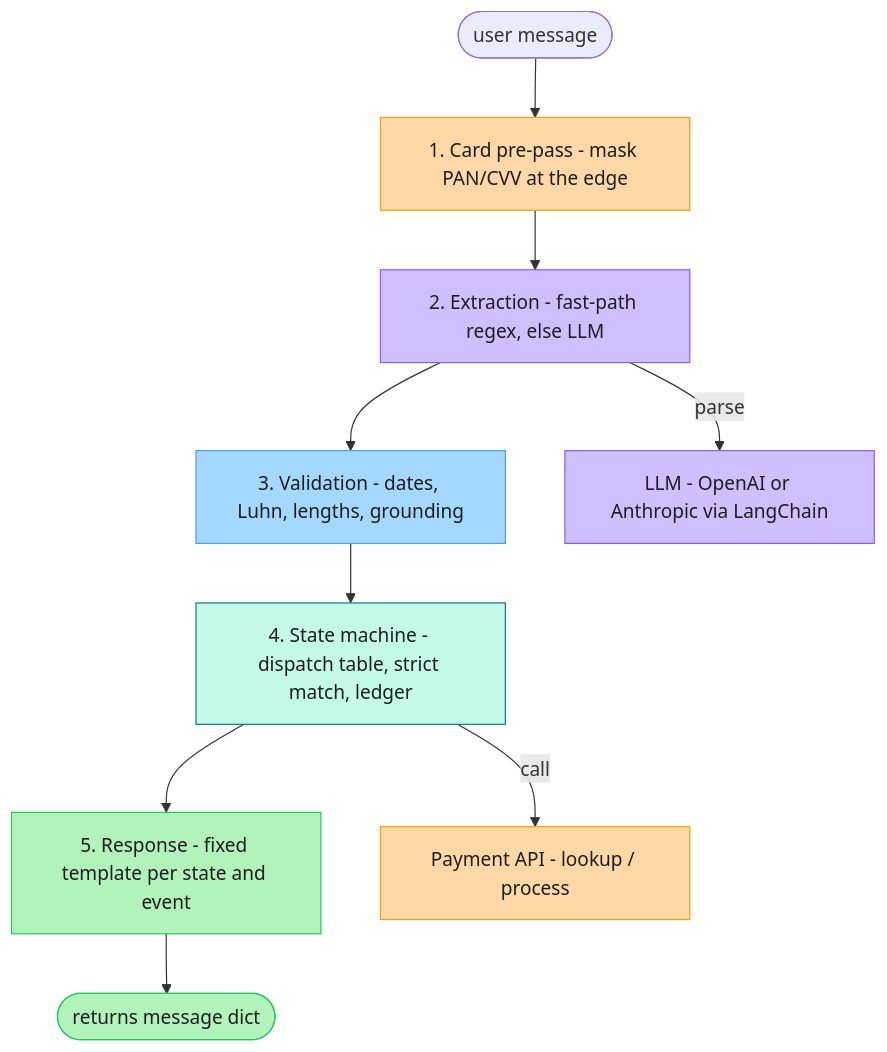
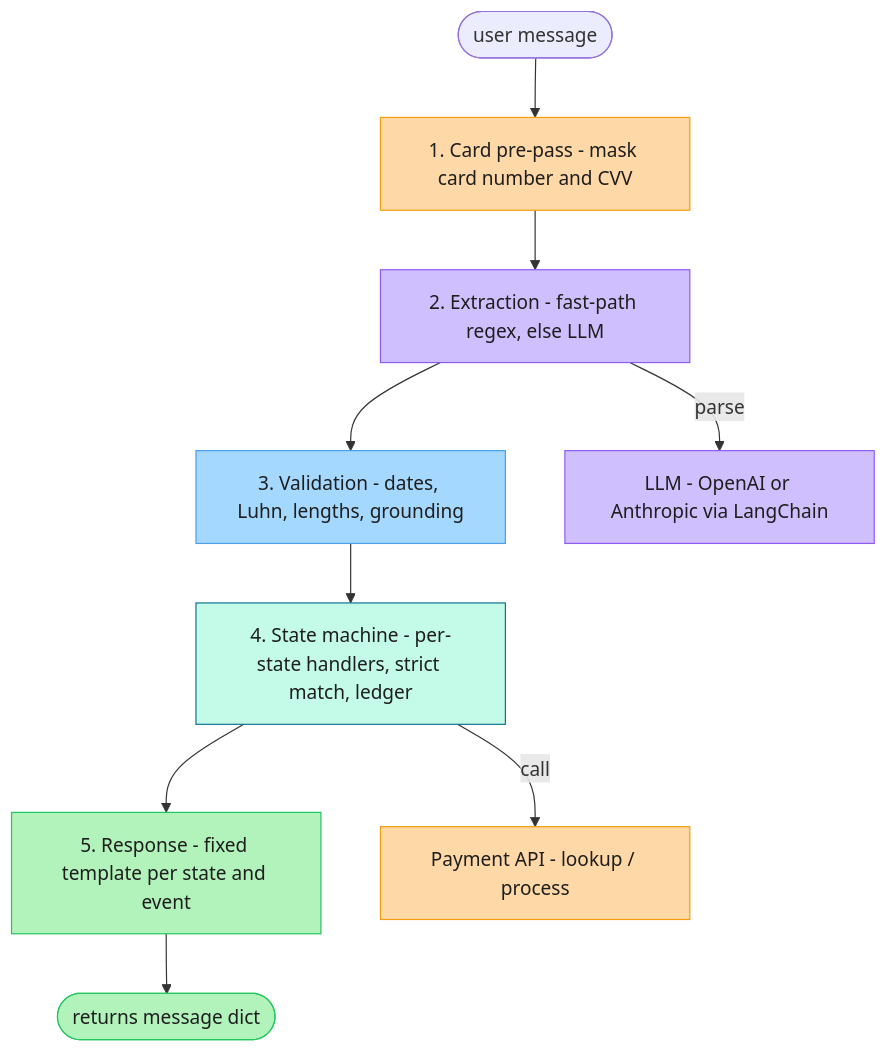
The diagram in DESIGN.md (yogiiieee/payments-agent), drawn with Mermaid before and after one commit. The commit also changed other lines of this file and 5 other files, not shown here.

````diff
--- a/DESIGN.md
+++ b/DESIGN.md
@@ -7,22 +7,22 @@
 ```mermaid
 graph TD
-    IN([user message]) --> S1["1. Card pre-pass - mask PAN/CVV at the edge"]
+    IN([user message]) --> S1["1. Card pre-pass - mask card number and CVV"]
     S1 --> S2["2. Extraction - fast-path regex, else LLM"]
     S2 --> S3["3. Validation - dates, Luhn, lengths, grounding"]
-    S3 --> S4["4. State machine - dispatch table, strict match, ledger"]
+    S3 --> S4["4. State machine - per-state handlers, strict match, ledger"]
     S4 --> S5["5. Response - fixed template per state and event"]
     S5 --> OUT([returns message dict])
     S2 -->|parse| LLM["LLM - OpenAI or Anthropic via LangChain"]
     S4 -->|call| API["Payment API - lookup / process"]
 
     classDef edge fill:#ffd8a8,stroke:#f59e0b,color:#1e1e1e
     classDef llm fill:#d0bfff,stroke:#8b5cf6,color:#1e1e1e
     classDef code fill:#a5d8ff,stroke:#4a9eed,color:#1e1e1e
     classDef core fill:#c3fae8,stroke:#0e7490,color:#1e1e1e
     classDef out fill:#b2f2bb,stroke:#22c55e,color:#1e1e1e
     class S1,API edge
     class S2,LLM llm
     class S3 code
     class S4 core
     class S5,OUT out
 ```
````
